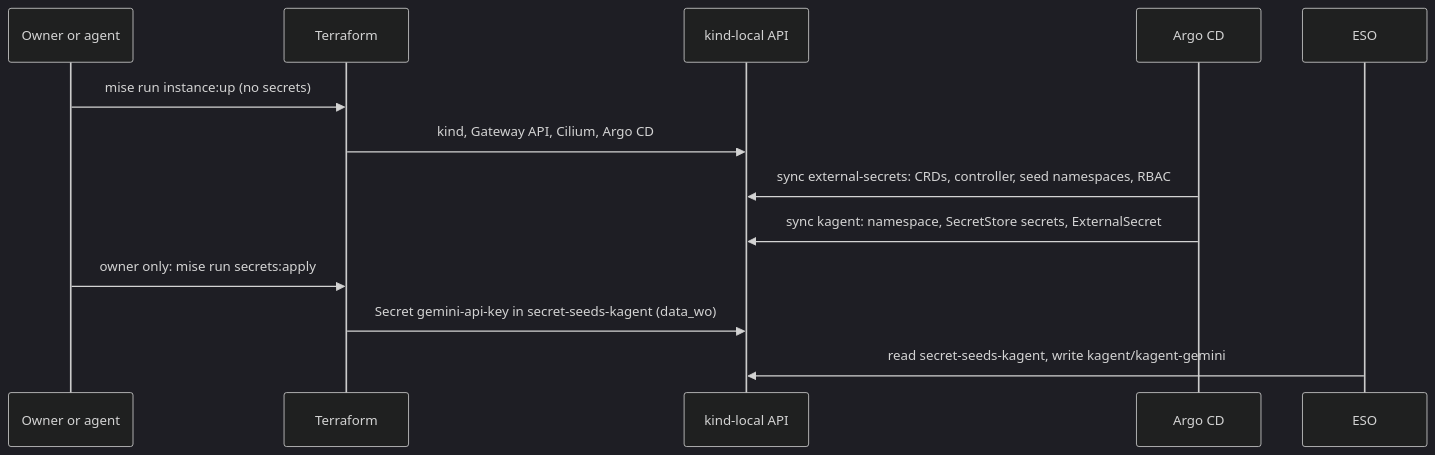
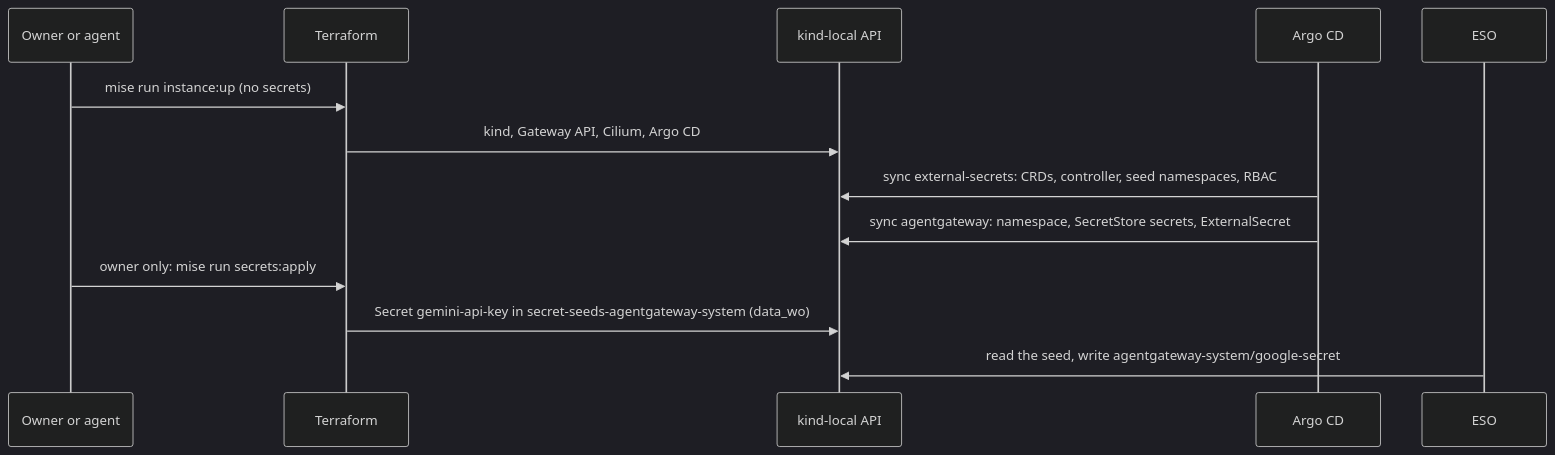
Before and after one commit to gsuquet/homelab: the second of 2 diagrams in docs/records/rfcs/0006-secrets-management.md, drawn with Mermaid (dark theme). The commit also changed other lines of this file, not shown here.

````diff
--- a/docs/records/rfcs/0006-secrets-management.md
+++ b/docs/records/rfcs/0006-secrets-management.md
@@ -221,15 +237,15 @@
 ```mermaid
 sequenceDiagram
     participant O as Owner or agent
     participant TF as Terraform
     participant K as kind-local API
     participant A as Argo CD
     participant E as ESO
     O->>TF: mise run instance:up (no secrets)
     TF->>K: kind, Gateway API, Cilium, Argo CD
     A->>K: sync external-secrets: CRDs, controller, seed namespaces, RBAC
-    A->>K: sync kagent: namespace, SecretStore secrets, ExternalSecret
+    A->>K: sync agentgateway: namespace, SecretStore secrets, ExternalSecret
     O->>TF: owner only: mise run secrets:apply
-    TF->>K: Secret gemini-api-key in secret-seeds-kagent (data_wo)
-    E->>K: read secret-seeds-kagent, write kagent/kagent-gemini
+    TF->>K: Secret gemini-api-key in secret-seeds-agentgateway-system (data_wo)
+    E->>K: read the seed, write agentgateway-system/google-secret
 ```
````
